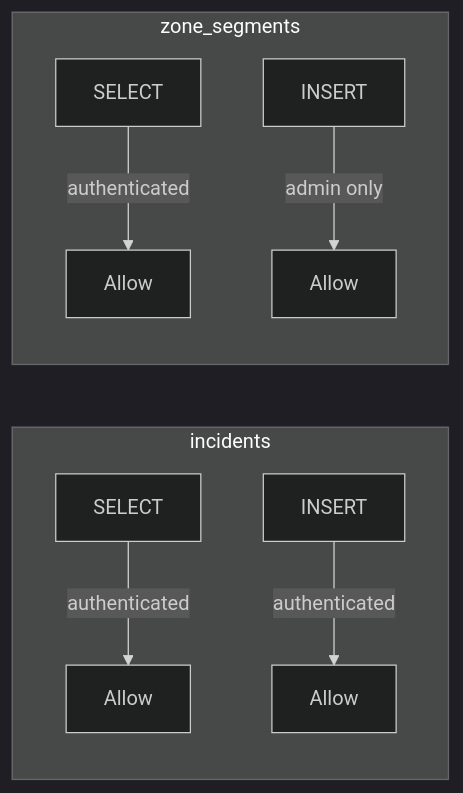
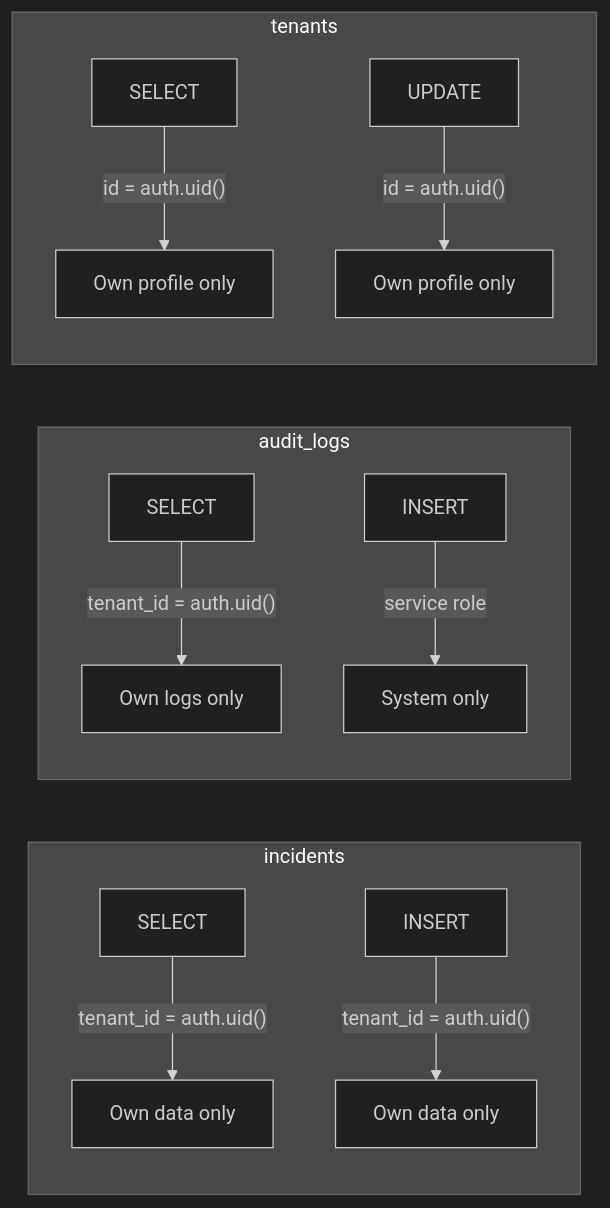
The fourth of 4 diagrams in docs/database-erd.md (valencorrea/zeif), drawn with Mermaid (dark theme) before and after one commit. The commit also changed other lines of this file, not shown here.

Commit message:
docs: update ER diagram with tenants, audit_logs, and multi-tenant RLS

````diff
--- a/docs/database-erd.md
+++ b/docs/database-erd.md
@@ -75,12 +115,17 @@
 ```mermaid
 flowchart LR
     subgraph incidents
-        IS[SELECT] -->|authenticated| Allow1[Allow]
-        II[INSERT] -->|authenticated| Allow2[Allow]
+        IS[SELECT] -->|"tenant_id = auth.uid()"| A1[Own data only]
+        II[INSERT] -->|"tenant_id = auth.uid()"| A2[Own data only]
     end
 
-    subgraph zone_segments
-        ZS[SELECT] -->|authenticated| Allow3[Allow]
-        ZI[INSERT] -->|admin only| Allow4[Allow]
+    subgraph audit_logs
+        AS[SELECT] -->|"tenant_id = auth.uid()"| A3[Own logs only]
+        AI[INSERT] -->|service role| A4[System only]
+    end
+
+    subgraph tenants
+        TS[SELECT] -->|"id = auth.uid()"| A5[Own profile only]
+        TU[UPDATE] -->|"id = auth.uid()"| A6[Own profile only]
     end
 ```
````
